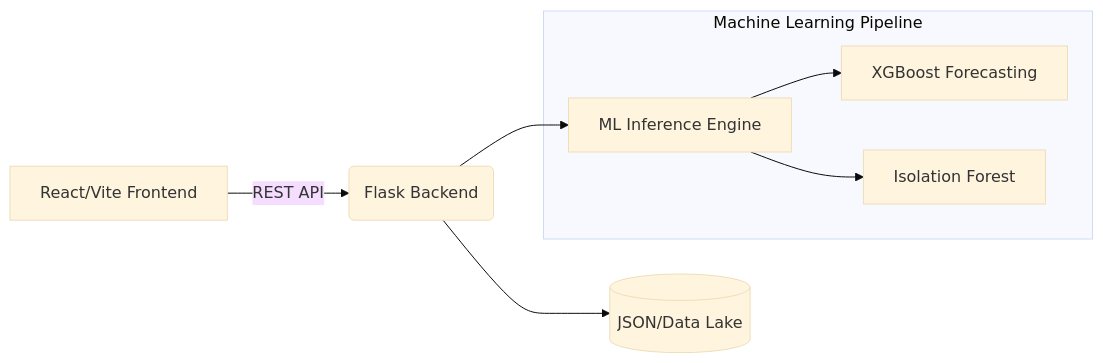
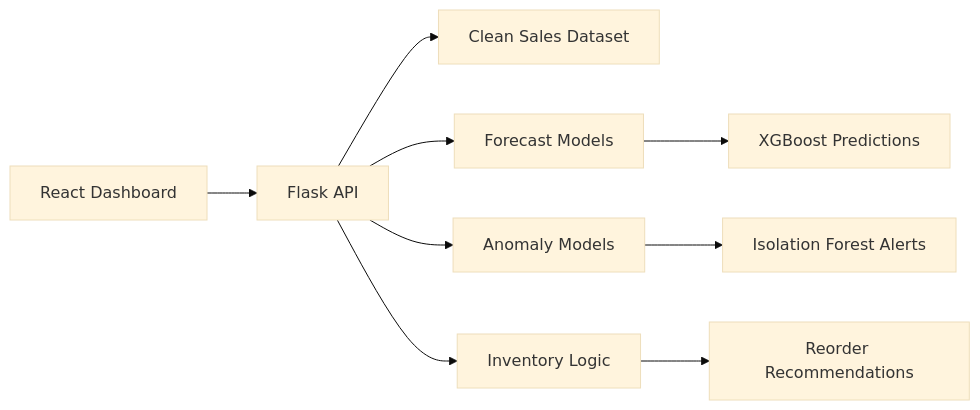
The diagram in README.md (Shy4n7/DemandSense), drawn with Mermaid (base theme) before and after one commit. The commit also changed other lines of this file, not shown here.

````diff
--- a/README.md
+++ b/README.md
@@ -32,11 +77,12 @@
 ```mermaid
 graph LR
-    A[React/Vite Frontend] -->|REST API| B(Flask Backend)
-    B --> C[(JSON/Data Lake)]
-    B --> D[ML Inference Engine]
+    A[React Dashboard] --> B[Flask API]
+    B --> C[Clean Sales Dataset]
+    B --> D[Forecast Models]
+    B --> E[Anomaly Models]
+    B --> F[Inventory Logic]
 
-    subgraph Machine Learning Pipeline
-    D --> E[XGBoost Forecasting]
-    D --> F[Isolation Forest]
-    end
+    D --> G[XGBoost Predictions]
+    E --> H[Isolation Forest Alerts]
+    F --> I[Reorder Recommendations]
 ```
````
